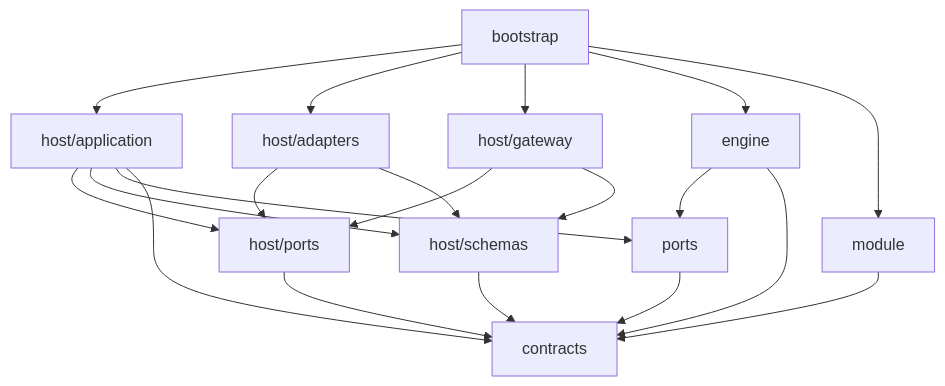
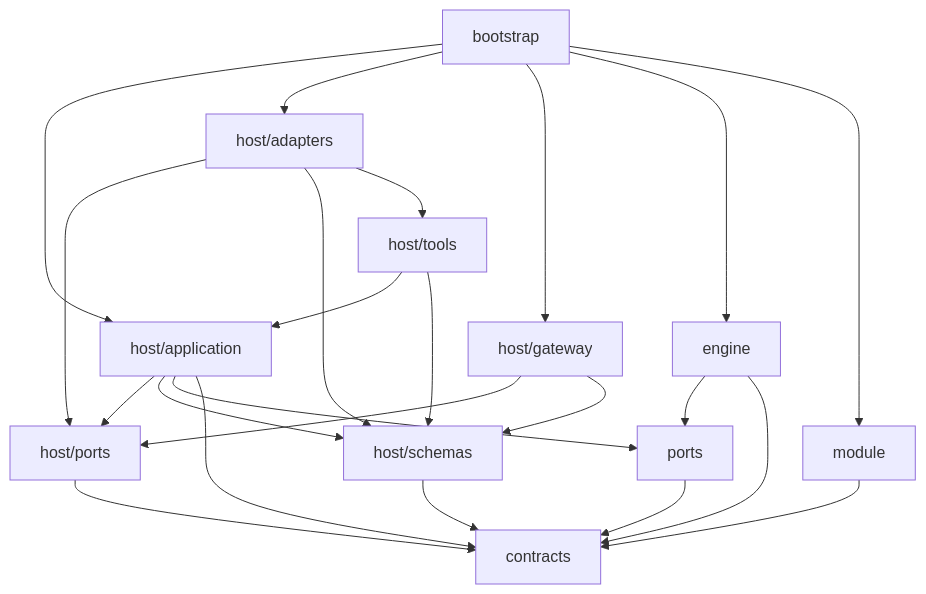
One commit to 1024XEngineer/TRPG-master changed the fourth of 4 diagrams in agent-collaboration-framework/docs/architecture.md. Above: the diagram before and after it, drawn with Mermaid. The commit also changed other lines of this file and 10 other files, not shown here.

Commit message:
feat: add player-safe Host Agent tools (#117)

````diff
--- a/agent-collaboration-framework/docs/architecture.md
+++ b/agent-collaboration-framework/docs/architecture.md
@@ -281,23 +289,26 @@
 ```mermaid
 flowchart TD
     CONTRACTS["contracts"]
     XPORTS["ports"] --> CONTRACTS
     HPORTS["host/ports"] --> CONTRACTS
     HSCHEMA["host/schemas"] --> CONTRACTS
     HAPP["host/application"] --> HPORTS
     HAPP --> HSCHEMA
     HAPP --> XPORTS
     HAPP --> CONTRACTS
+    HTOOLS["host/tools"] --> HAPP
+    HTOOLS --> HSCHEMA
     HADAPTER["host/adapters"] --> HPORTS
     HADAPTER --> HSCHEMA
+    HADAPTER --> HTOOLS
     GATEWAY["host/gateway"] --> HPORTS
     GATEWAY --> HSCHEMA
     ENGINE["engine"] --> XPORTS
     ENGINE --> CONTRACTS
     MODULE["module"] --> CONTRACTS
     BOOT["bootstrap"] --> HAPP
     BOOT --> HADAPTER
     BOOT --> GATEWAY
     BOOT --> ENGINE
     BOOT --> MODULE
 ```
````
